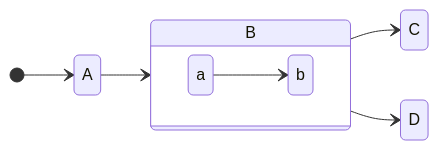
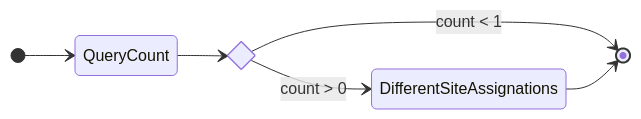
One commit to gusVG/EDAi changed the diagram in README.md. Above: the diagram before and after it, drawn with Mermaid.

````diff
--- a/README.md
+++ b/README.md
@@ -6,12 +6,10 @@
 ```mermaid
-stateDiagram  
- direction  LR  
- [*]  -->  A  
- A  -->  B  
- B  -->  C  
- state  B  {  
- direction  LR  
- a  -->  b  
- }  
- B  -->  D
- ```
+stateDiagram
+direction  LR
+  state branch <<choice>>
+  [*] --> QueryCount
+  QueryCount --> branch
+  branch --> DifferentSiteAssignations: count > 0
+  branch --> [*]: count < 1
+  DifferentSiteAssignations --> [*]
+```
````
